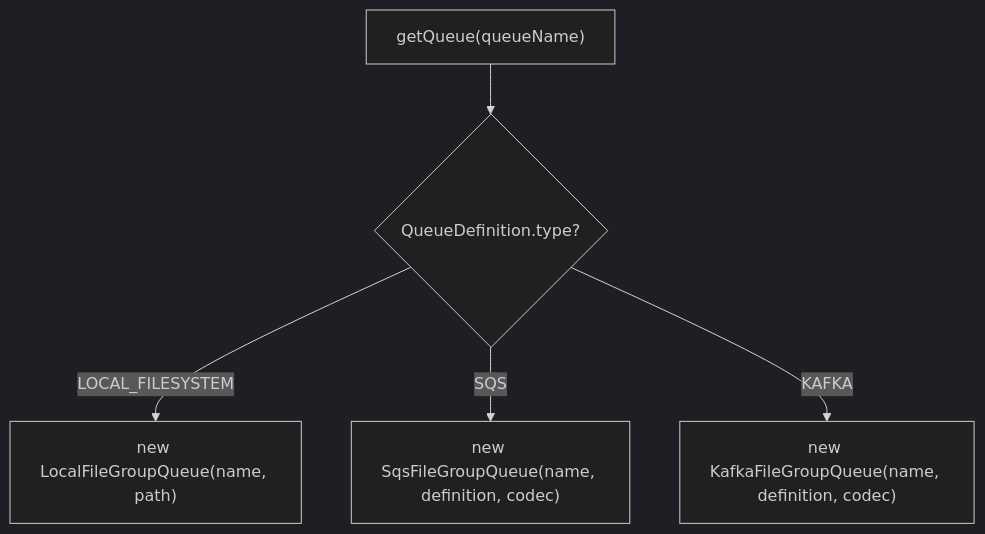
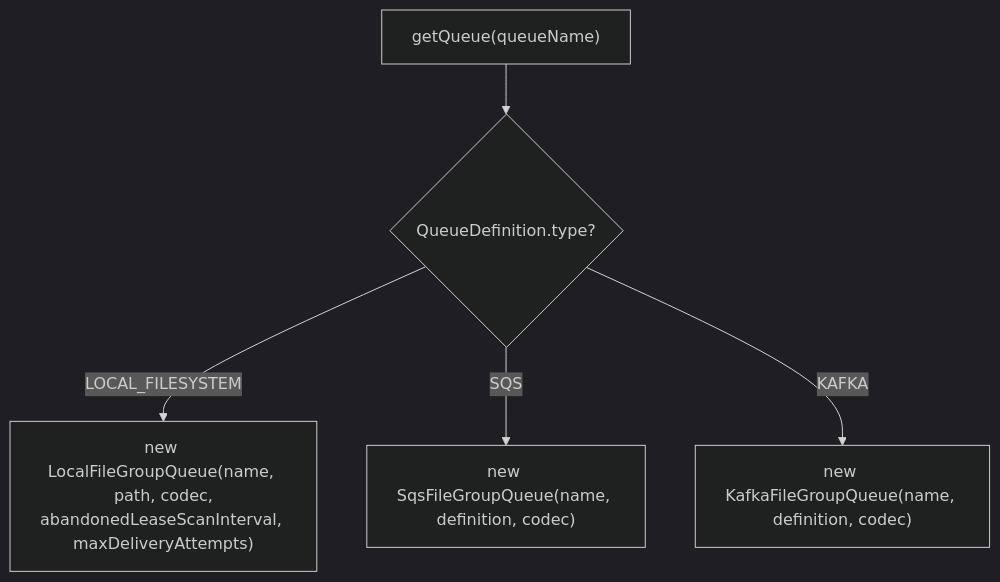
Before and after one commit to gchq/stroom: the eighth of 8 diagrams in stroom-proxy/designs/infrastructure/queues.md, drawn with Mermaid (dark theme). The commit also changed other lines of this file and 36 other files, not shown here.

````diff
--- a/stroom-proxy/designs/infrastructure/queues.md
+++ b/stroom-proxy/designs/infrastructure/queues.md
@@ -471,7 +550,7 @@
 ```mermaid
 flowchart TD
     A["getQueue(queueName)"] --> B{"QueueDefinition.type?"}
-    B -->|LOCAL_FILESYSTEM| C["new LocalFileGroupQueue(name, path)"]
+    B -->|LOCAL_FILESYSTEM| C["new LocalFileGroupQueue(name, path, codec,<br/>abandonedLeaseScanInterval, maxDeliveryAttempts)"]
     B -->|SQS| D["new SqsFileGroupQueue(name, definition, codec)"]
     B -->|KAFKA| E["new KafkaFileGroupQueue(name, definition, codec)"]
 ```
````
